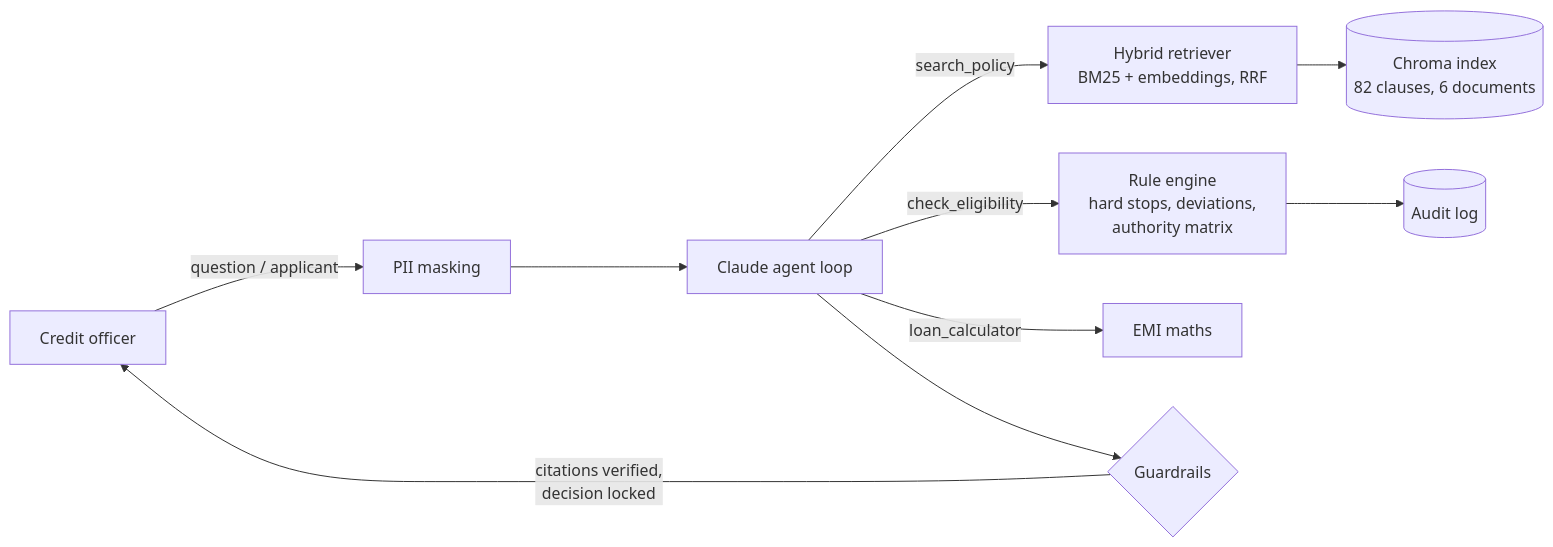
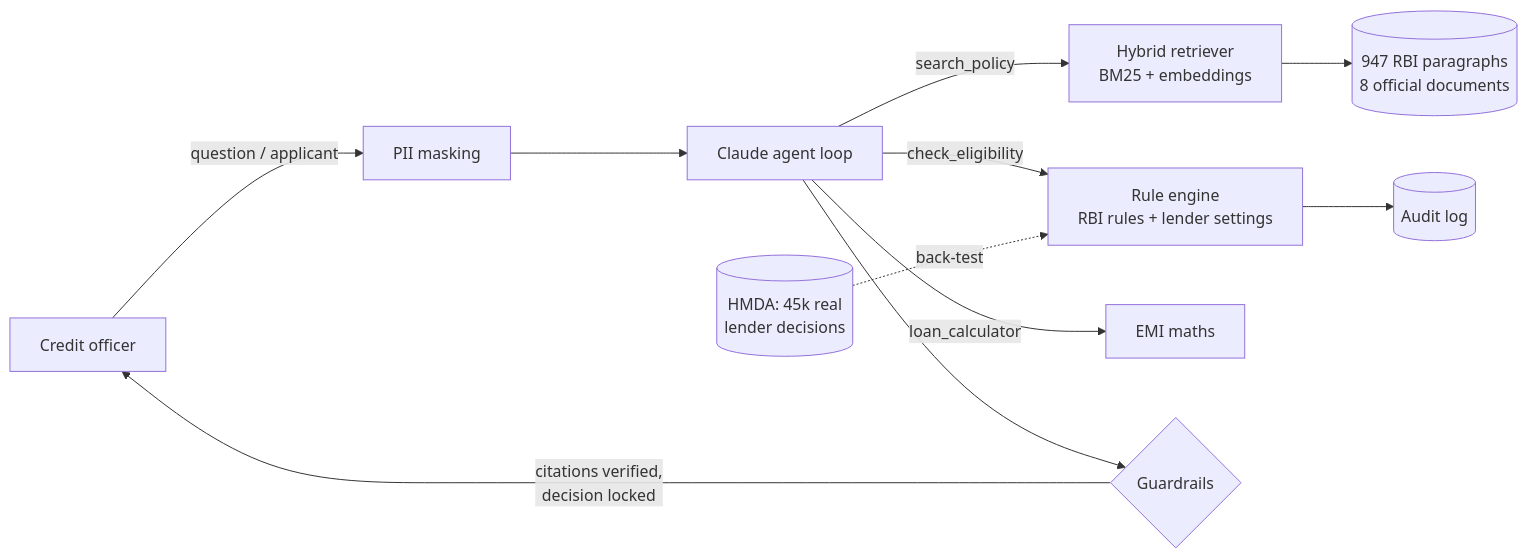
Before and after one commit to yash9518/lending-policy-rag: the diagram in README.md, drawn with Mermaid. The commit also changed other lines of this file and 17 other files, not shown here.

````diff
--- a/README.md
+++ b/README.md
@@ -9,12 +12,13 @@
 ```mermaid
 flowchart LR
     U[Credit officer] -->|question / applicant| P[PII masking]
     P --> A[Claude agent loop]
-    A -->|search_policy| R[Hybrid retriever<br/>BM25 + embeddings, RRF]
-    R --> V[(Chroma index<br/>82 clauses, 6 documents)]
-    A -->|check_eligibility| E[Rule engine<br/>hard stops, deviations,<br/>authority matrix]
+    A -->|search_policy| R[Hybrid retriever<br/>BM25 + embeddings]
+    R --> V[(947 RBI paragraphs<br/>8 official documents)]
+    A -->|check_eligibility| E[Rule engine<br/>RBI rules + lender settings]
     A -->|loan_calculator| C[EMI maths]
     E --> L[(Audit log)]
     A --> G{Guardrails}
     G -->|citations verified,<br/>decision locked| U
+    H[(HMDA: 45k real<br/>lender decisions)] -.->|back-test| E
 ```
````
